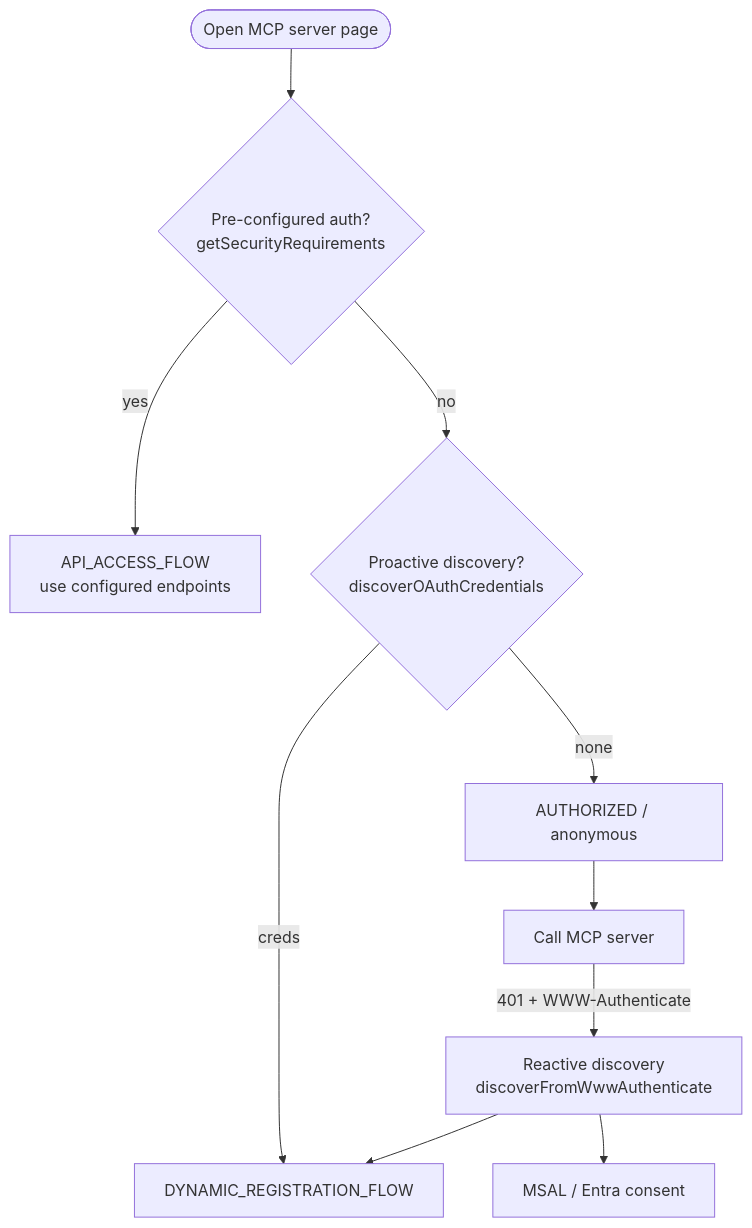
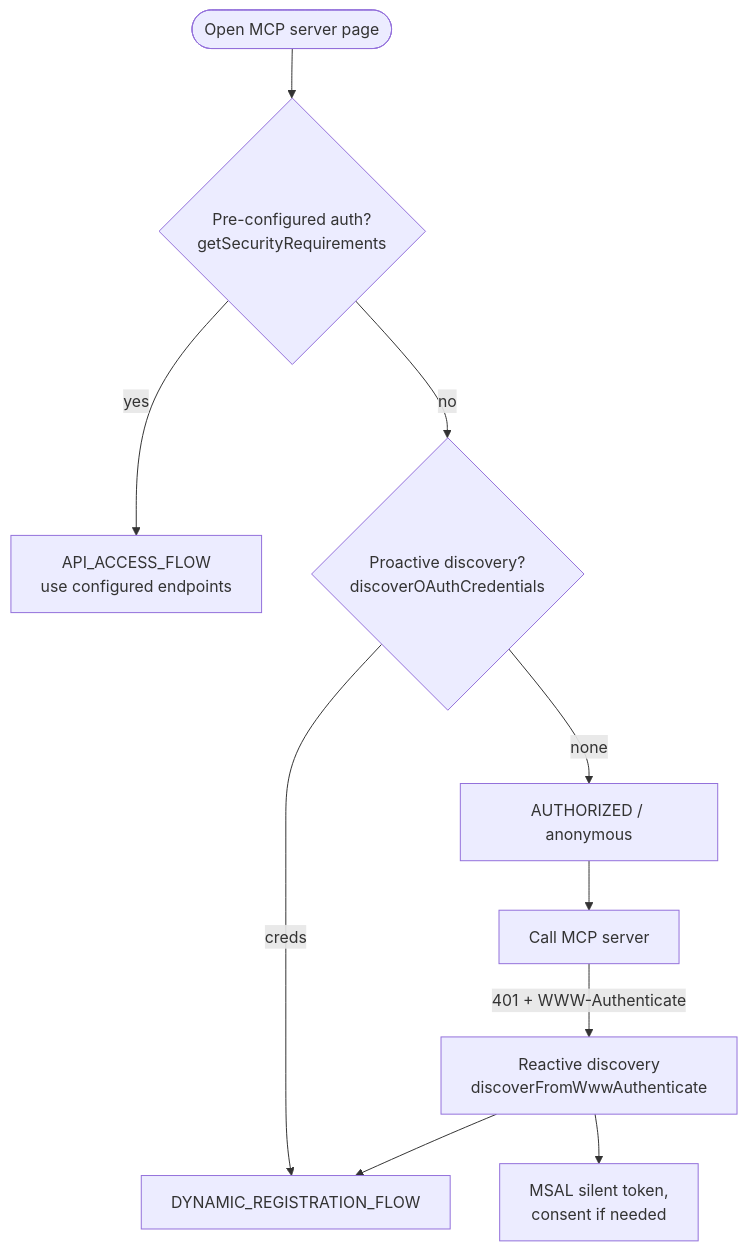
One commit to Azure/APICenter-Portal-Starter changed the first of 2 diagrams in .wiki/mcp-oauth-resolution.md. Above: the diagram before and after it, drawn with Mermaid. The commit also changed other lines of this file, not shown here.

Commit message:
docs: correct MCP OAuth doc to match code (OIDC candidates, token POST path, MSAL silent)

````diff
--- a/.wiki/mcp-oauth-resolution.md
+++ b/.wiki/mcp-oauth-resolution.md
@@ -27,12 +27,12 @@
 ```mermaid
 flowchart TD
     Start([Open MCP server page]) --> A{Pre-configured auth?<br/>getSecurityRequirements}
     A -- yes --> AF[API_ACCESS_FLOW<br/>use configured endpoints]
     A -- no --> B{Proactive discovery?<br/>discoverOAuthCredentials}
     B -- creds --> DR[DYNAMIC_REGISTRATION_FLOW]
     B -- none --> Anon[AUTHORIZED / anonymous]
     Anon --> Call[Call MCP server]
     Call -->|401 + WWW-Authenticate| R[Reactive discovery<br/>discoverFromWwwAuthenticate]
     R --> DR
-    R --> MSAL[MSAL / Entra consent]
+    R --> MSAL[MSAL silent token,<br/>consent if needed]
 ```
````
